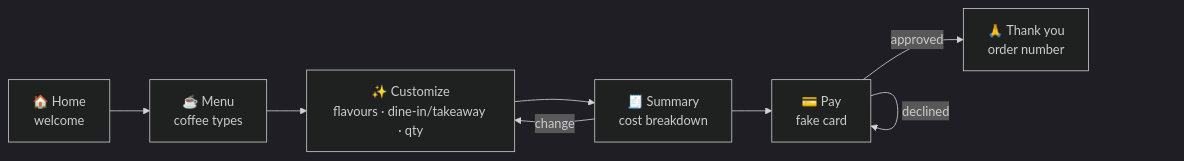
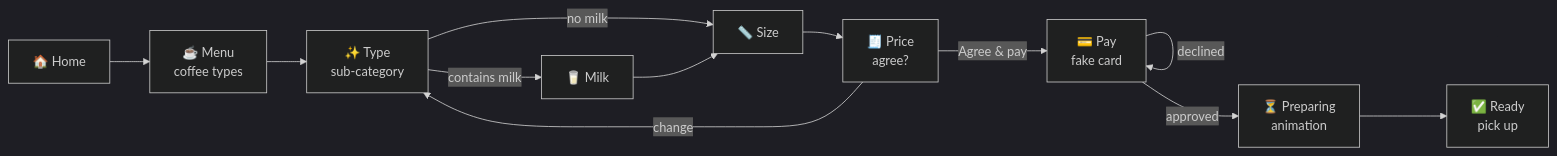
One commit to marwaelrayes123/morning-cafe changed the first of 5 diagrams in docs/ARCHITECTURE.md. Above: the diagram before and after it, drawn with Mermaid (dark theme). The commit also changed other lines of this file and 69 other files, not shown here.

First line of the commit message:
feat: home page, coffee menu and full fake-checkout order flow

````diff
--- a/docs/ARCHITECTURE.md
+++ b/docs/ARCHITECTURE.md
@@ -9,10 +12,14 @@
 ```mermaid
 flowchart LR
-    H[🏠 Home<br/>welcome] --> M[☕ Menu<br/>coffee types]
-    M --> C[✨ Customize<br/>flavours · dine-in/takeaway · qty]
-    C --> S[🧾 Summary<br/>cost breakdown]
-    S --> P[💳 Pay<br/>fake card]
-    P -->|approved| T[🙏 Thank you<br/>order number]
+    H[🏠 Home] --> M[☕ Menu<br/>coffee types]
+    M --> V[✨ Type<br/>sub-category]
+    V -->|contains milk| K[🥛 Milk]
+    V -->|no milk| Z[📏 Size]
+    K --> Z
+    Z --> R[🧾 Price<br/>agree?]
+    R -->|Agree & pay| P[💳 Pay<br/>fake card]
+    R -->|change| V
     P -->|declined| P
-    S -->|change| C
+    P -->|approved| W[⏳ Preparing<br/>animation]
+    W --> D[✅ Ready<br/>pick up]
 ```
````
